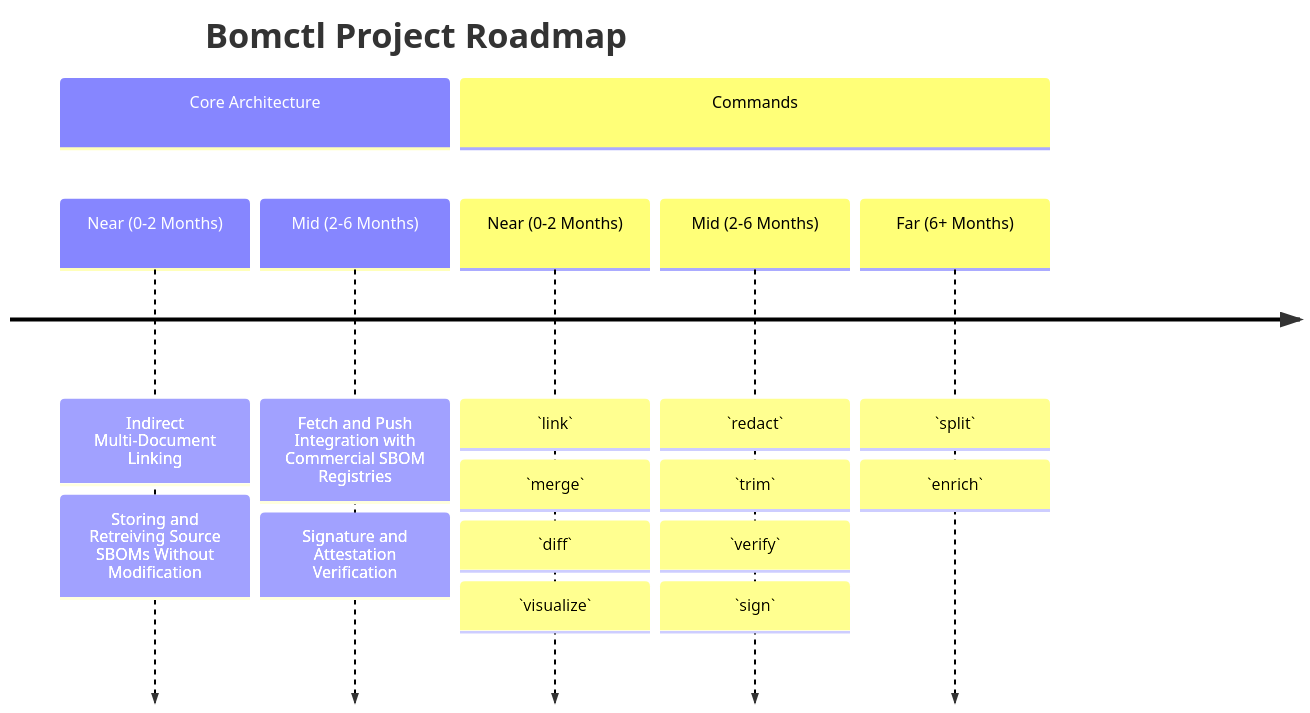
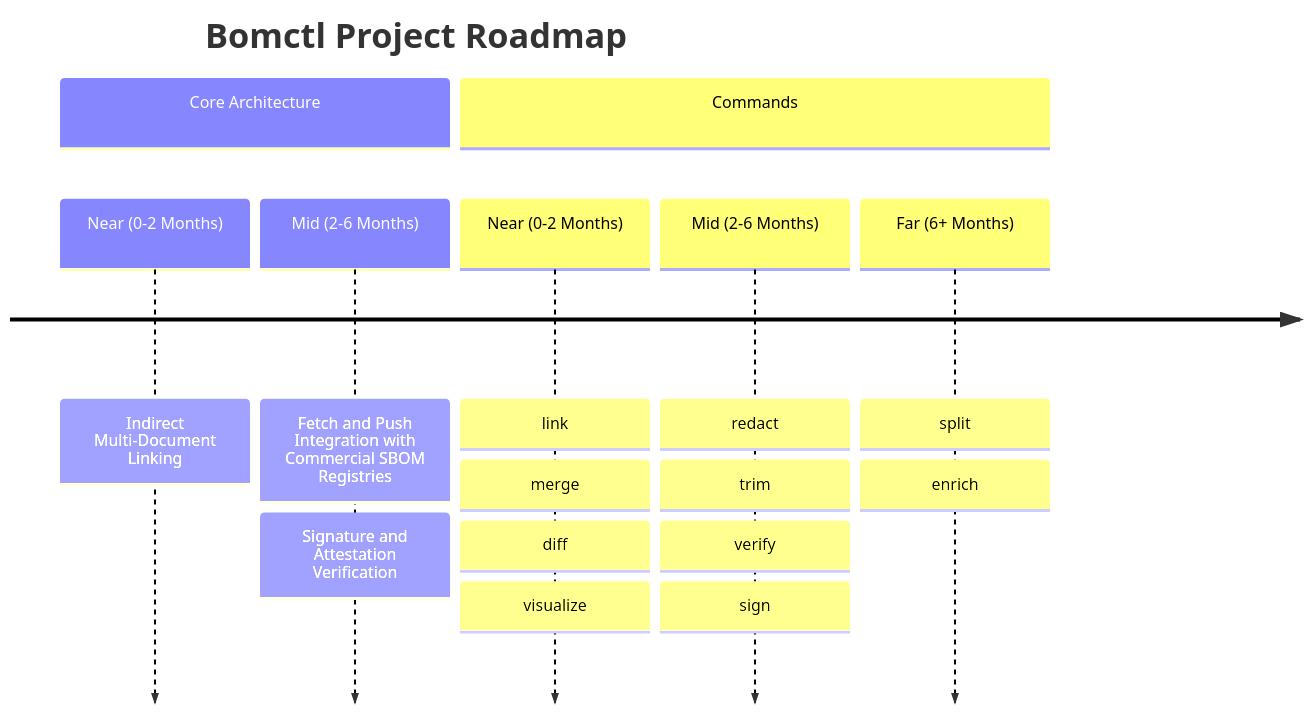
One commit to bomctl/bomctl changed the diagram in ROADMAP.md. Above: the diagram before and after it, drawn with Mermaid. The commit also changed other lines of this file, not shown here.

Commit message:
docs: Update ROADMAP.md (#311)

````diff
--- a/ROADMAP.md
+++ b/ROADMAP.md
@@ -7,25 +7,24 @@
 ```mermaid
 timeline
     title Bomctl Project Roadmap
 
     section Core Architecture
         Near (0-2 Months) : Indirect Multi-Document Linking
-                          : Storing and Retreiving Source SBOMs Without Modification
 
         Mid (2-6 Months)  : Fetch and Push Integration with Commercial SBOM Registries
                           : Signature and Attestation Verification
 
     section Commands
-        Near (0-2 Months) : `link`
-                          : `merge`
-                          : `diff`
-                          : `visualize`
+        Near (0-2 Months) : link
+                          : merge
+                          : diff
+                          : visualize
 
-        Mid (2-6 Months)  : `redact`
-                          : `trim`
-                          : `verify`
-                          : `sign`
+        Mid (2-6 Months)  : redact
+                          : trim
+                          : verify
+                          : sign
 
-        Far (6+ Months)   : `split`
-                          : `enrich`
+        Far (6+ Months)   : split
+                          : enrich
 ```
````
